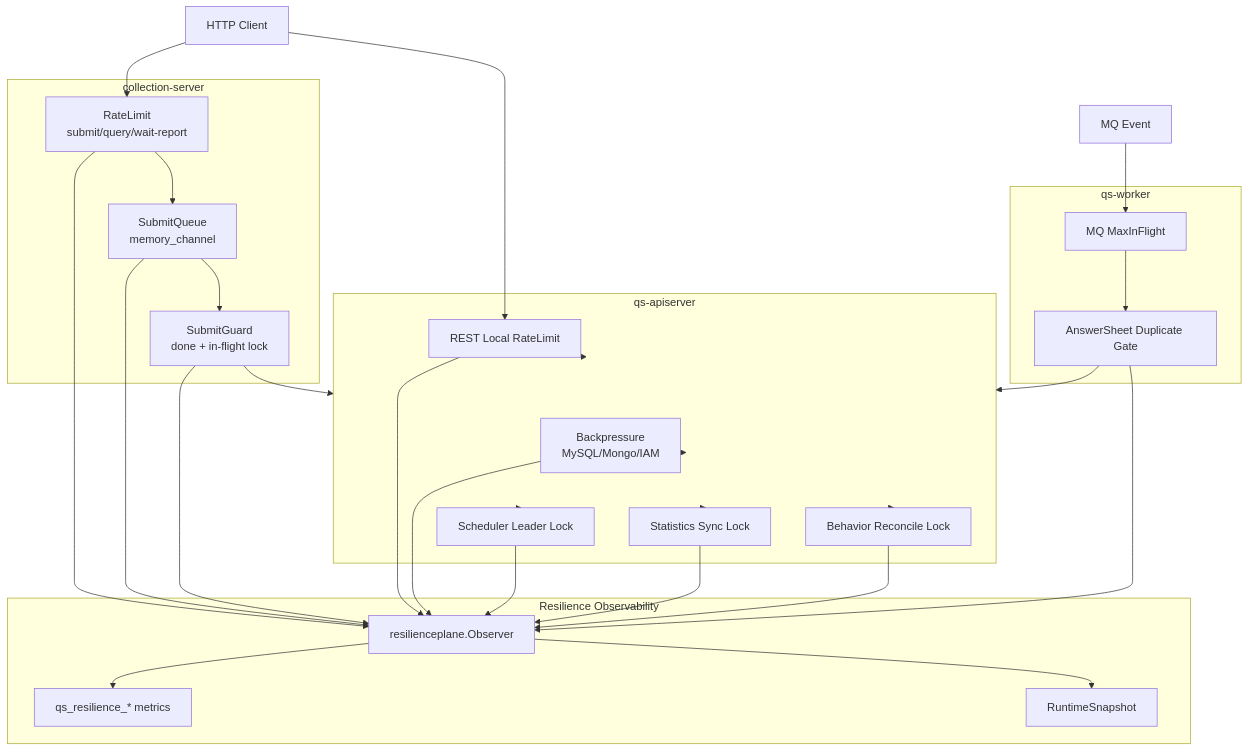
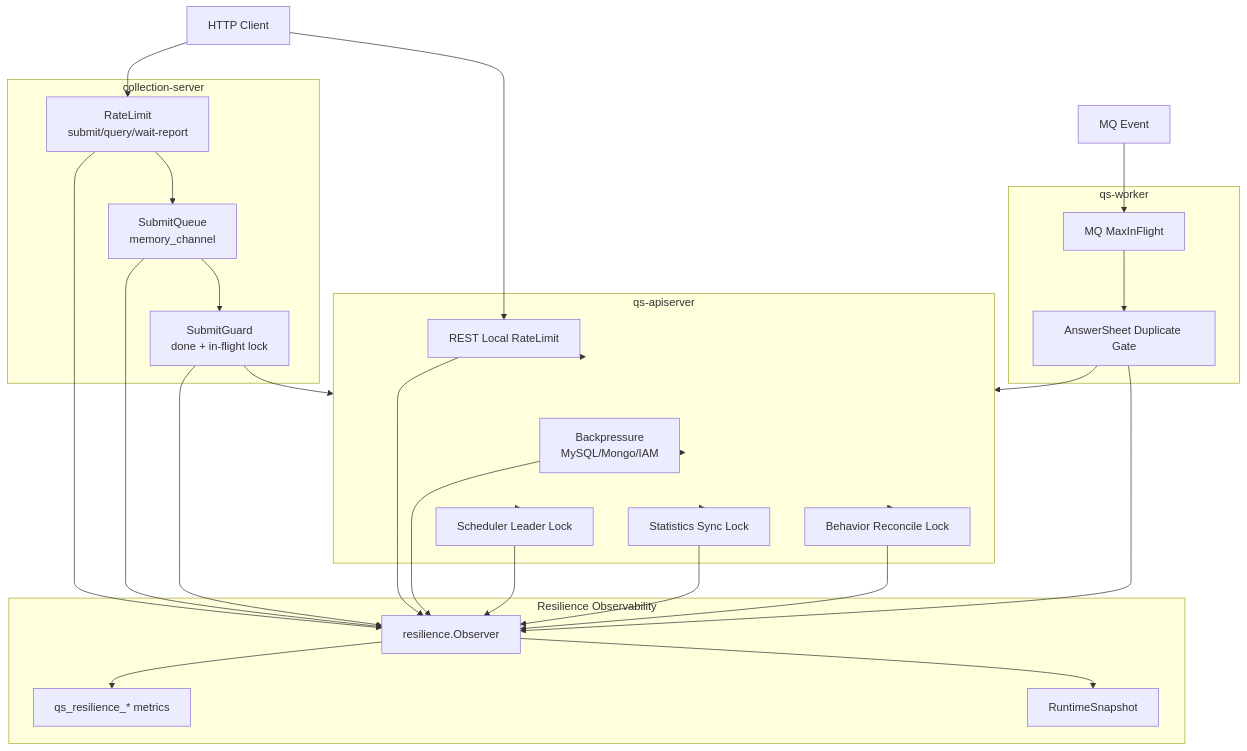
The diagram in docs/_archive/2026-07-06-infra-component-plane/resilience/07-能力矩阵.md (FangcunMount/qs-server), drawn with Mermaid before and after one commit. The commit also changed other lines of this file and 190 other files, not shown here.

````diff
--- a/docs/_archive/2026-07-06-infra-component-plane/resilience/07-能力矩阵.md
+++ b/docs/_archive/2026-07-06-infra-component-plane/resilience/07-能力矩阵.md
@@ -30,50 +30,50 @@
 ```mermaid
 flowchart TB
     client["HTTP Client"]
     mq["MQ Event"]
 
     subgraph Collection["collection-server"]
         crl["RateLimit<br/>submit/query/wait-report"]
         sq["SubmitQueue<br/>memory_channel"]
         sg["SubmitGuard<br/>done + in-flight lock"]
     end
 
     subgraph API["qs-apiserver"]
         arl["REST Local RateLimit"]
         bp["Backpressure<br/>MySQL/Mongo/IAM"]
         leader["Scheduler Leader Lock"]
         stats["Statistics Sync Lock"]
         reconcile["Behavior Reconcile Lock"]
     end
 
     subgraph Worker["qs-worker"]
         max["MQ MaxInFlight"]
         dup["AnswerSheet Duplicate Gate"]
     end
 
     subgraph Obs["Resilience Observability"]
-        obs["resilienceplane.Observer"]
+        obs["resilience.Observer"]
         metrics["qs_resilience_* metrics"]
         status["RuntimeSnapshot"]
     end
 
     client --> crl --> sq --> sg --> API
     client --> arl --> API
     API --> bp
     API --> leader
     API --> stats
     API --> reconcile
     mq --> max --> dup --> API
 
     crl --> obs
     sq --> obs
     sg --> obs
     arl --> obs
     bp --> obs
     leader --> obs
     stats --> obs
     reconcile --> obs
     dup --> obs
     obs --> metrics
     obs --> status
 ```
````
